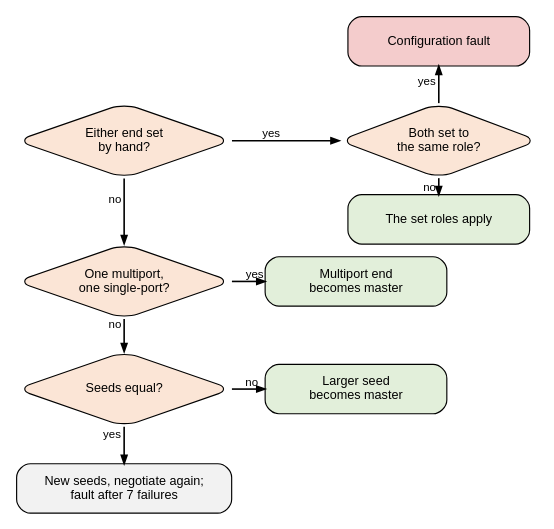
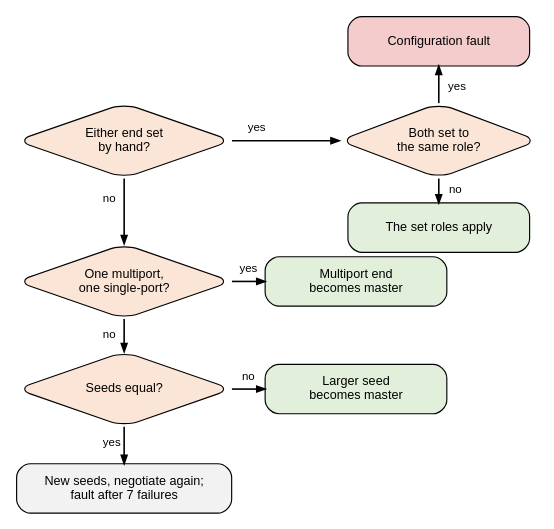
One commit to mithro/evampire changed the diagram in docs/ethernet/phy-electrical/resolution.dot. Above: the diagram before and after it, drawn with Graphviz. The commit also changed 14 other files, not shown here.

First line of the commit message:
Fix diagram content and page text after review

```diff
--- a/docs/ethernet/phy-electrical/resolution.dot
+++ b/docs/ethernet/phy-electrical/resolution.dot
@@ -1,37 +1,47 @@
 // How each end of a 1000BASE-T link decides which end is master, from
 // the information in the next pages. Both ends apply the same rules.
 //
 // SPDX-License-Identifier: Apache-2.0
 
 digraph resolution {
     graph [layout=neato, splines=false, overlap=true, fontname="Helvetica",
            size="7.4,4.2"];
     node  [shape=box, style="rounded,filled", fillcolor="#f2f2f2",
            fontname="Helvetica", fontsize=11, width=2.2, height=0.6,
            fixedsize=true];
     edge  [fontname="Helvetica", fontsize=10, arrowsize=0.7, penwidth=1.4];
 
     q1 [pos="1.6,4.0!", shape=diamond, width=2.6, height=0.9,
         label="Either end set\nby hand?", fillcolor="#fbe5d6"];
     q1b [pos="5.4,4.0!", shape=diamond, width=2.4, height=0.9,
          label="Both set to\nthe same role?", fillcolor="#fbe5d6"];
     q2 [pos="1.6,2.3!", shape=diamond, width=2.6, height=0.9,
         label="One multiport,\none single-port?", fillcolor="#fbe5d6"];
     q3 [pos="1.6,1.0!", shape=diamond, width=2.6, height=0.9,
         label="Seeds equal?", fillcolor="#fbe5d6"];
 
     fault [pos="5.4,5.2!", label="Configuration fault", fillcolor="#f4cccc"];
-    manual [pos="5.4,3.05!", label="The set roles apply", fillcolor="#e2efda"];
+    manual [pos="5.4,2.95!", label="The set roles apply", fillcolor="#e2efda"];
     multi [pos="4.4,2.3!", label="Multiport end\nbecomes master", fillcolor="#e2efda"];
     seed [pos="4.4,1.0!", label="Larger seed\nbecomes master", fillcolor="#e2efda"];
     retry [pos="1.6,-0.2!", width=2.6, label="New seeds, negotiate again;\nfault after 7 failures"];
 
-    q1 -> q1b [label="yes"];
-    q1b -> fault [label=" yes"];
-    q1b -> manual [label=" no"];
-    q1 -> q2 [label=" no"];
-    q2 -> multi [label="yes"];
-    q2 -> q3 [label=" no"];
-    q3 -> seed [label="no"];
-    q3 -> retry [label=" yes"];
+    q1 -> q1b;
+    q1b -> fault;
+    q1b -> manual;
+    q1 -> q2;
+    q2 -> multi;
+    q2 -> q3;
+    q3 -> seed;
+    q3 -> retry;
+
+    node [shape=plaintext, style="", width=0.35, height=0.2, fontsize=10];
+    y1 [pos="3.2,4.15!", label="yes"];
+    y2 [pos="5.62,4.65!", label="yes"];
+    n2 [pos="5.6,3.4!", label="no"];
+    n1 [pos="1.42,3.3!", label="no"];
+    y3 [pos="3.1,2.45!", label="yes"];
+    n3 [pos="1.42,1.65!", label="no"];
+    n4 [pos="3.1,1.15!", label="no"];
+    y4 [pos="1.45,0.35!", label="yes"];
 }
```
